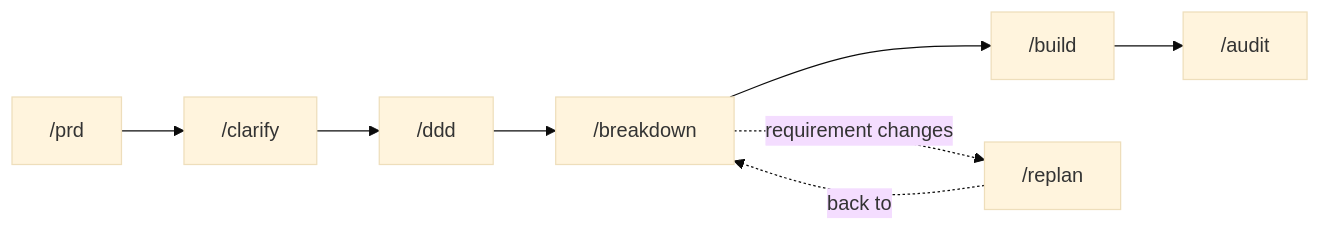
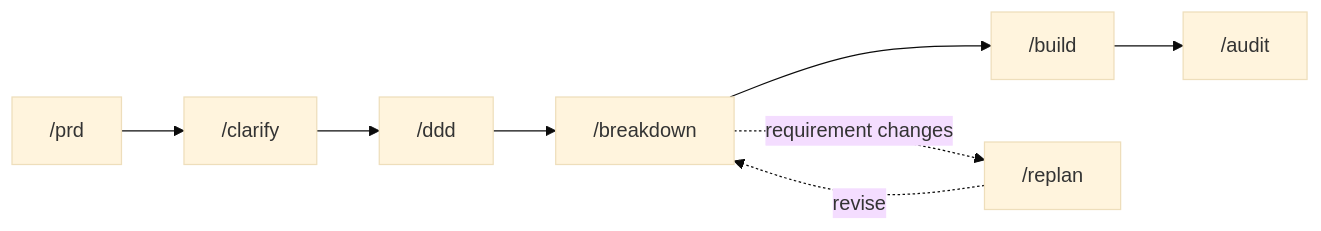
The diagram in README.md (sornbuen15/drunken-guild), drawn with Mermaid (base theme) before and after one commit. The commit also changed other lines of this file and 2 other files, not shown here.

````diff
--- a/README.md
+++ b/README.md
@@ -9,6 +25,6 @@
 ```mermaid
 flowchart LR
     prd["/prd"] --> clarify["/clarify"] --> ddd["/ddd"] --> breakdown["/breakdown"]
     breakdown --> build["/build"] --> audit["/audit"]
-    breakdown -. requirement changes .-> replan["/replan"] -. back to .-> breakdown
+    breakdown -. requirement changes .-> replan["/replan"] -. revise .-> breakdown
 ```
````
